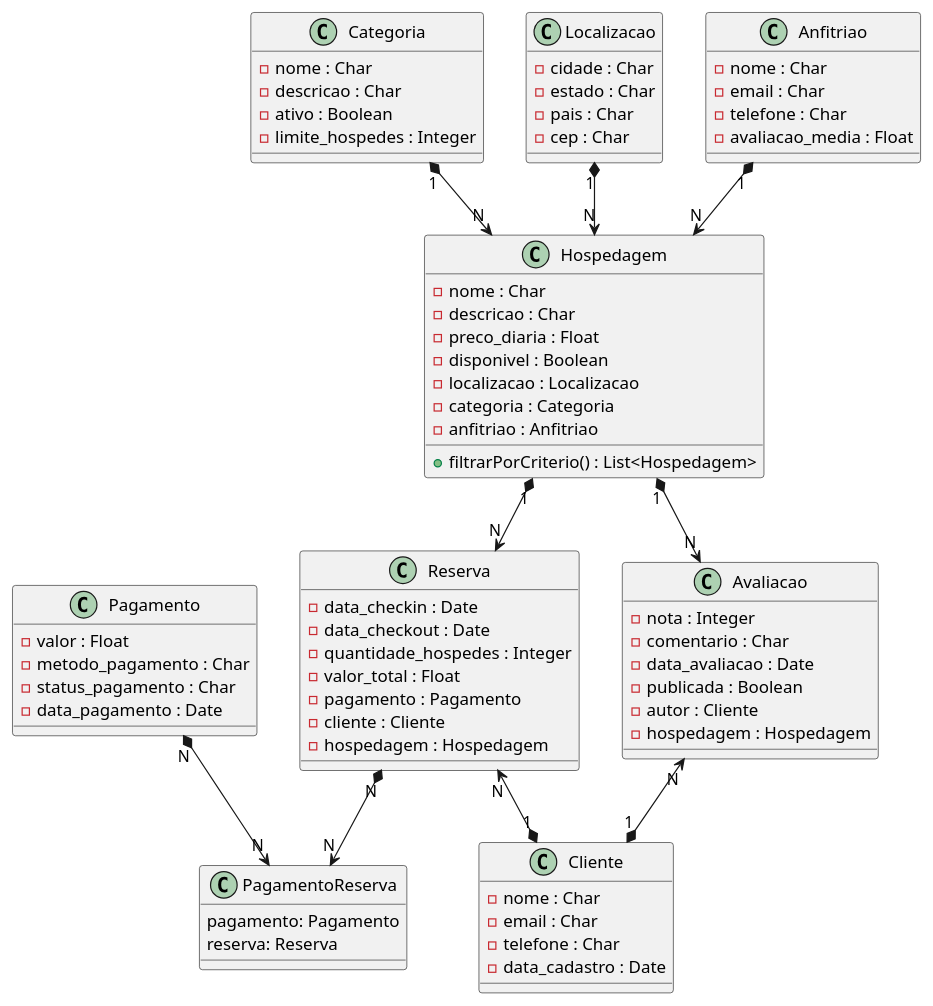
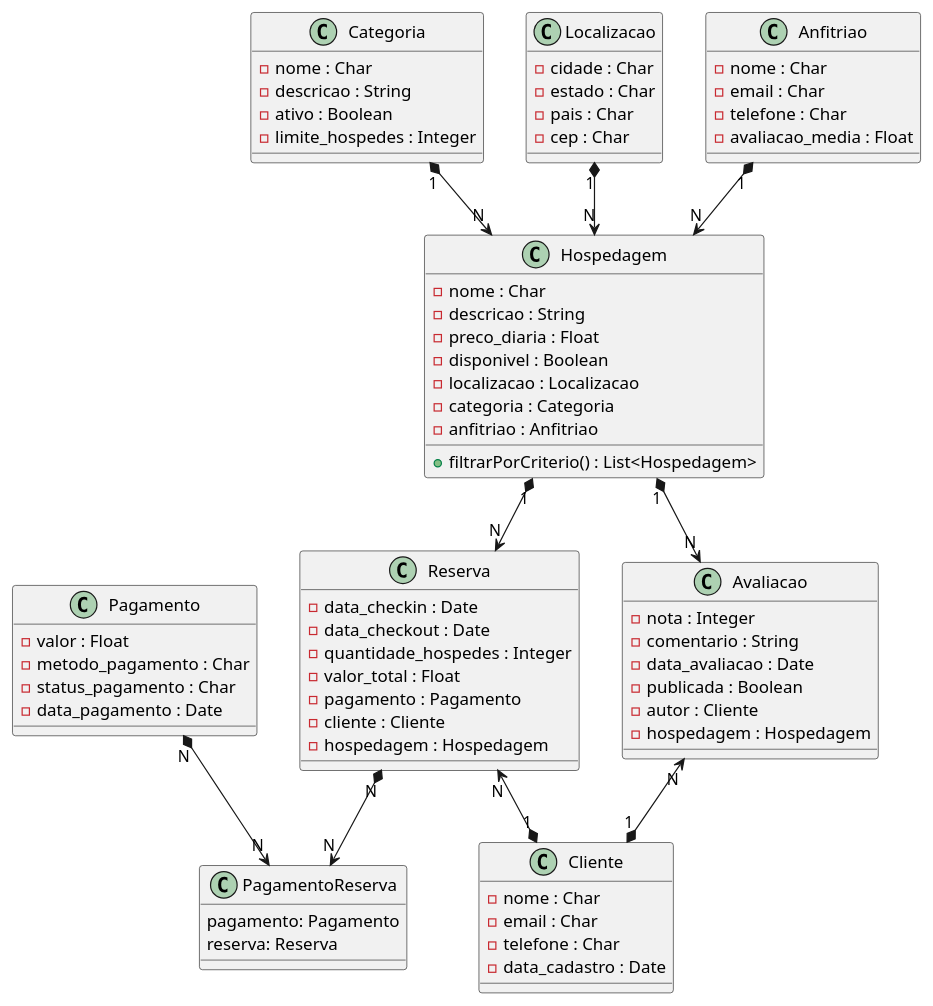
Before and after one commit to anleaes/2025-2-SDM-Sexta-Manha-ZS-10: the diagram in plantuml_export.puml, drawn with PlantUML.

Commit message:
Atualização Diagrama de Classes

```diff
--- a/plantuml_export.puml
+++ b/plantuml_export.puml
@@ -1,81 +1,81 @@
 @startuml
 class Hospedagem {
   -nome : Char
-  -descricao : Char
+  -descricao : String
   -preco_diaria : Float
   -disponivel : Boolean
   -localizacao : Localizacao
   -categoria : Categoria
   -anfitriao : Anfitriao
   +filtrarPorCriterio() : List<Hospedagem>
 }
 
 class Categoria {
   -nome : Char
-  -descricao : Char
+  -descricao : String
   -ativo : Boolean
   -limite_hospedes : Integer
 }
 
 class Cliente {
   -nome : Char
   -email : Char
   -telefone : Char
   -data_cadastro : Date
 }
 
 class Reserva {
   -data_checkin : Date
   -data_checkout : Date
   -quantidade_hospedes : Integer
   -valor_total : Float
   -pagamento : Pagamento
   -cliente : Cliente
   -hospedagem : Hospedagem
 }
 
 class Avaliacao {
   -nota : Integer
-  -comentario : Char
+  -comentario : String
   -data_avaliacao : Date
   -publicada : Boolean
   -autor : Cliente
   -hospedagem : Hospedagem
 }
 
 class Pagamento {
   -valor : Float
   -metodo_pagamento : Char
   -status_pagamento : Char
   -data_pagamento : Date
 }
 
 class Localizacao {
   -cidade : Char
   -estado : Char
   -pais : Char
   -cep : Char
 }
 
 class Anfitriao {
   -nome : Char
   -email : Char
   -telefone : Char
   -avaliacao_media : Float
 }
 
 class PagamentoReserva{
 pagamento: Pagamento
 reserva: Reserva
 }
 
 Categoria "1" *--> "N" Hospedagem
 Localizacao "1" *--> "N" Hospedagem
 Anfitriao "1" *--> "N" Hospedagem
 Cliente "1" *-up-> "N" Reserva
 Cliente "1" *-up-> "N" Avaliacao
 Hospedagem "1" *--> "N" Reserva
 Hospedagem "1" *--> "N" Avaliacao
 Reserva "N" *--> "N" PagamentoReserva
 Pagamento "N" *--> "N" PagamentoReserva
 @enduml
```
